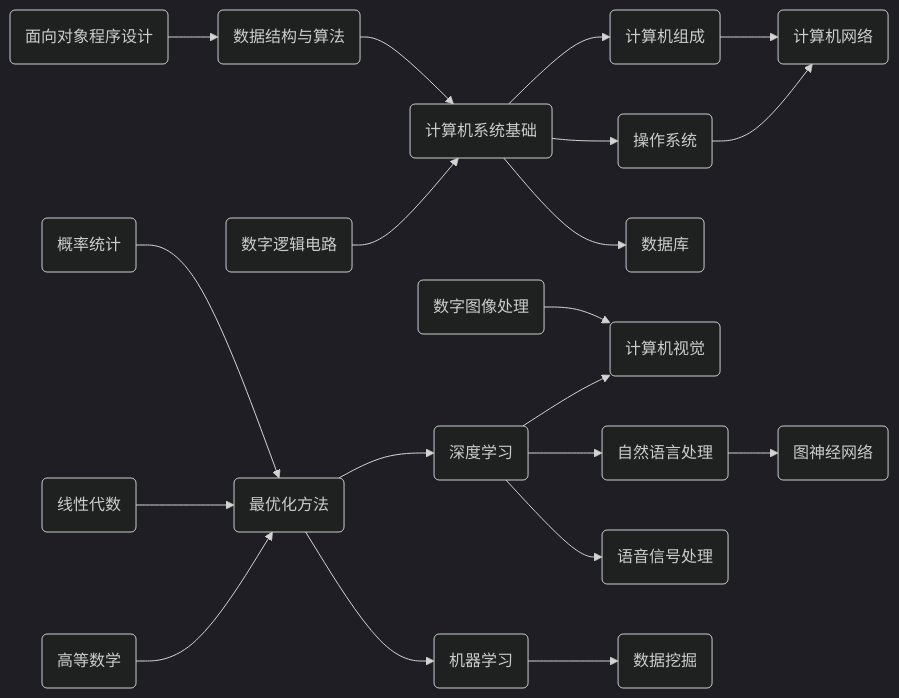
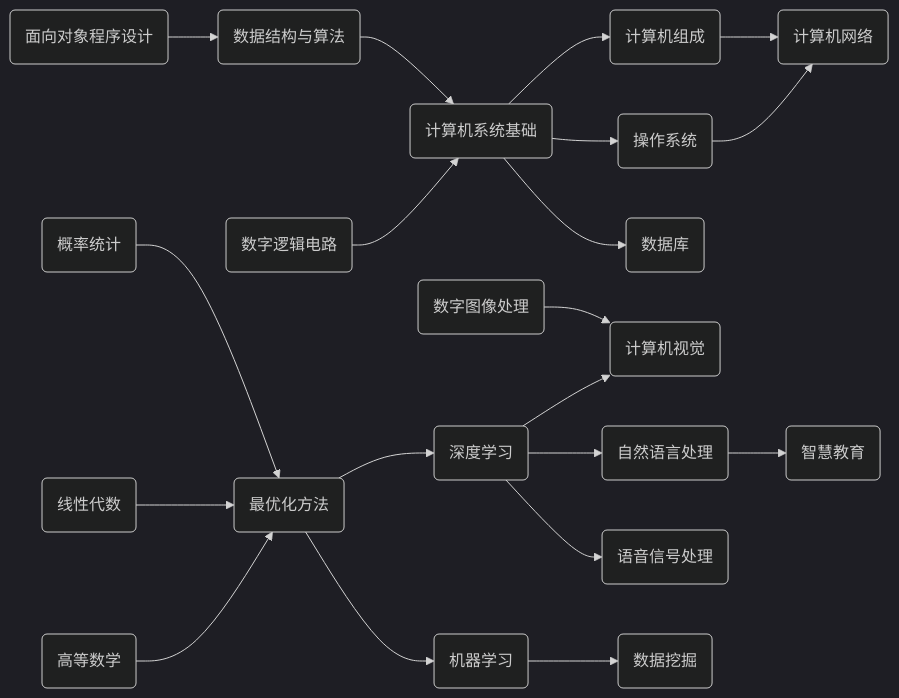
The first of 2 diagrams in docs/index.md (Explorer-Dong/explorer-dong.github.io), drawn with Mermaid (dark theme) before and after one commit. The commit also changed 1 other file, not shown here.

Commit message:
fix: class name error

````diff
--- a/docs/index.md
+++ b/docs/index.md
@@ -38,66 +38,66 @@
 ```mermaid
 flowchart LR
     %% 实体定义
     面向对象程序设计(面向对象程序设计)
     数据结构与算法(数据结构与算法)
     数字逻辑电路(数字逻辑电路)
     计算机系统基础(计算机系统基础)
     数据库(数据库)
     操作系统(操作系统)
     计算机组成(计算机组成)
     计算机网络(计算机网络)
 
     %% 关系定义
     面向对象程序设计 --> 数据结构与算法 --> 计算机系统基础
     数字逻辑电路 --> 计算机系统基础 --> 数据库 & 操作系统 & 计算机组成
     计算机组成 & 操作系统 --> 计算机网络
 
     %% 实体定义
     数字图像处理(数字图像处理)
     机器学习(机器学习)
     深度学习(深度学习)
     数据挖掘(数据挖掘)
     自然语言处理(自然语言处理)
     计算机视觉(计算机视觉)
     语音信号处理(语音信号处理)
-    图神经网络(图神经网络)
+    智慧教育(智慧教育)
 
     %% 关系定义
     机器学习 --> 数据挖掘
     深度学习 --> 语音信号处理 & 自然语言处理 & 计算机视觉
-    自然语言处理 --> 图神经网络
+    自然语言处理 --> 智慧教育
     数字图像处理 --> 计算机视觉
 
     %% 实体定义
     高等数学(高等数学)
     线性代数(线性代数)
     概率统计(概率统计)
     最优化方法(最优化方法)
 
     %% 关系定义
     高等数学 & 线性代数 & 概率统计 --> 最优化方法 --> 机器学习 & 深度学习
 
     %% 跳转链接
     click 高等数学 "./base/math/advanced-math/"
     click 线性代数 "./base/math/linear-algebra/"
     click 概率统计 "./base/math/probability-and-statistics/"
     click 最优化方法 "./base/math/optimization-method/"
 
     click 面向对象程序设计 "./base/cs/object-oriented-programming/"
     click 数字逻辑电路 "./base/cs/digital-logic-circuit/"
     click 计算机系统基础 "./base/cs/computer-system-basic/"
     click 数据库 "./base/cs/database/"
     click 数据结构与算法 "./ds-and-algo/"
     click 操作系统 "./base/cs/operating-system/"
     click 计算机组成 "./base/cs/computer-organization/"
     click 计算机网络 "./base/cs/computer-network/"
 
     click 数字图像处理 "./base/ai/digital-image-processing/"
     click 语音信号处理 "./base/ai/speech-signal-processing/"
     click 机器学习 "./base/ai/machine-learning/"
     click 深度学习 "./base/ai/deep-learning/"
     click 数据挖掘 "./base/ai/data-mining/"
     click 计算机视觉 "./base/ai/computer-vision/"
     click 自然语言处理 "./base/ai/natural-language-processing/"
-    click 图神经网络 "./base/ai/graph-neural-network/"
+    click 智慧教育 "./base/ai/intelligent-education/"
 ```
````
